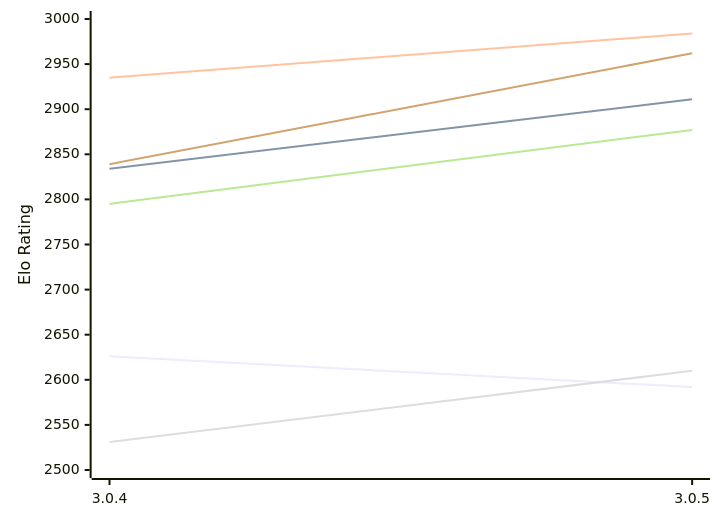
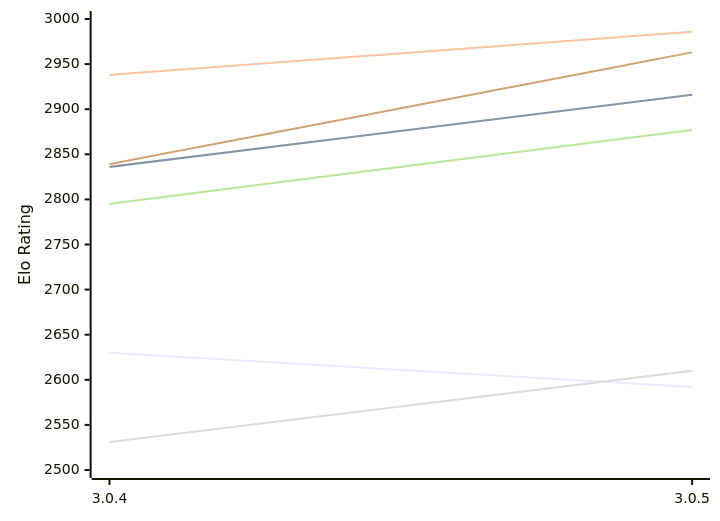
Before and after one commit to computer-chess-index/cci: the first of 2 diagrams in engines/Rudim.md, drawn with Mermaid. The commit also changed other lines of this file, not shown here.

Commit message:
Update CCI Ratings (ELO VLTC) - 2026-11-22

````diff
--- a/engines/Rudim.md
+++ b/engines/Rudim.md
@@ -59,12 +59,12 @@
 ```mermaid
 %%{init: {"theme":"base","themeVariables":{"seriesColors:['#a3a3a3','#222221','#faa371']}}}%%
 xychart-beta
   x-axis ["3.0.4", "3.0.5"]
   y-axis "Elo Rating" 2500 --> 3000
-  line "E1: STC (8.0+0.08s)" [2626, 2592]
-  line "E1: LTC (60.0+0.60s)" [2834, 2911]
-  line "E1: VLTC (2m24s+1.12s)" [2935, 2984]
+  line "E1: STC (8.0+0.08s)" [2630, 2592]
+  line "E1: LTC (60.0+0.60s)" [2836, 2916]
+  line "E1: VLTC (2m24s+1.12s)" [2938, 2986]
   line "P1: STC (8.0+0.08s)" [2531, 2610]
   line "P1: LTC (60.0+0.60s)" [2795, 2877]
-  line "P1: VLTC (2m24s+1.12s)" [2839, 2962]
+  line "P1: VLTC (2m24s+1.12s)" [2839, 2963]
 ```
````
